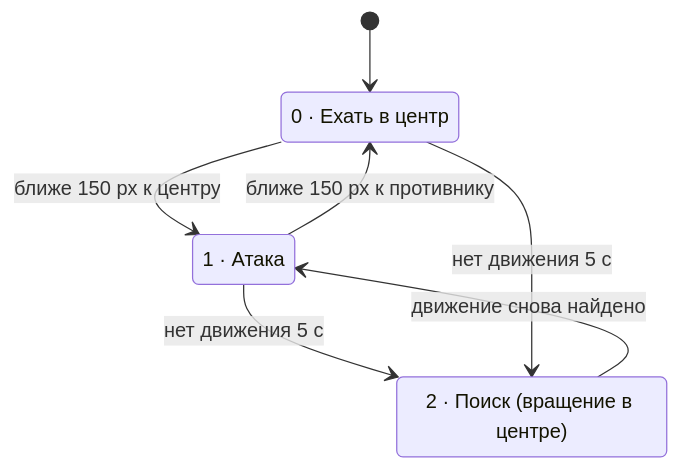
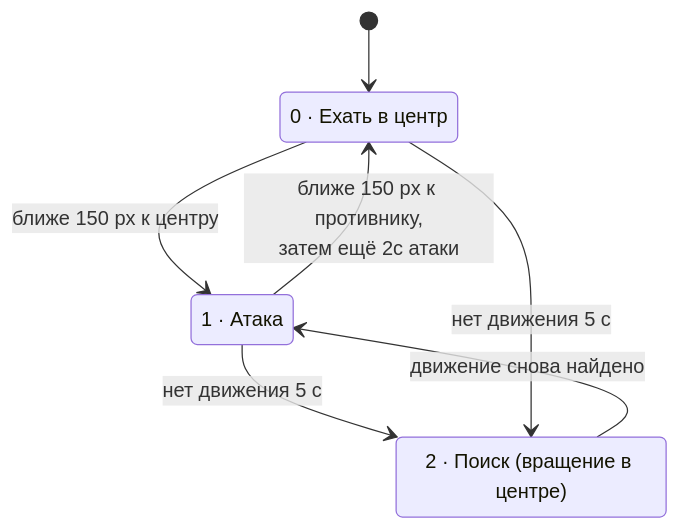
Before and after one commit to Vlad326/CakeAI-V1: the second of 2 diagrams in ARCHITECTURE_RU.md, drawn with Mermaid.

Commit message:
Fixed behaviour mermaid

````diff
--- a/ARCHITECTURE_RU.md
+++ b/ARCHITECTURE_RU.md
@@ -91,12 +91,12 @@
 ```mermaid
 stateDiagram-v2
     [*] --> GoToCenter
     GoToCenter: 0 · Ехать в центр
     Attack: 1 · Атака
     Search: 2 · Поиск (вращение в центре)
     GoToCenter --> Attack: ближе 150 px к центру
-    Attack --> GoToCenter: ближе 150 px к противнику
+    Attack --> GoToCenter: ближе 150 px к противнику,<br/>затем ещё 2с атаки
     Attack --> Search: нет движения 5 с
     GoToCenter --> Search: нет движения 5 с
     Search --> Attack: движение снова найдено
 ```
````
